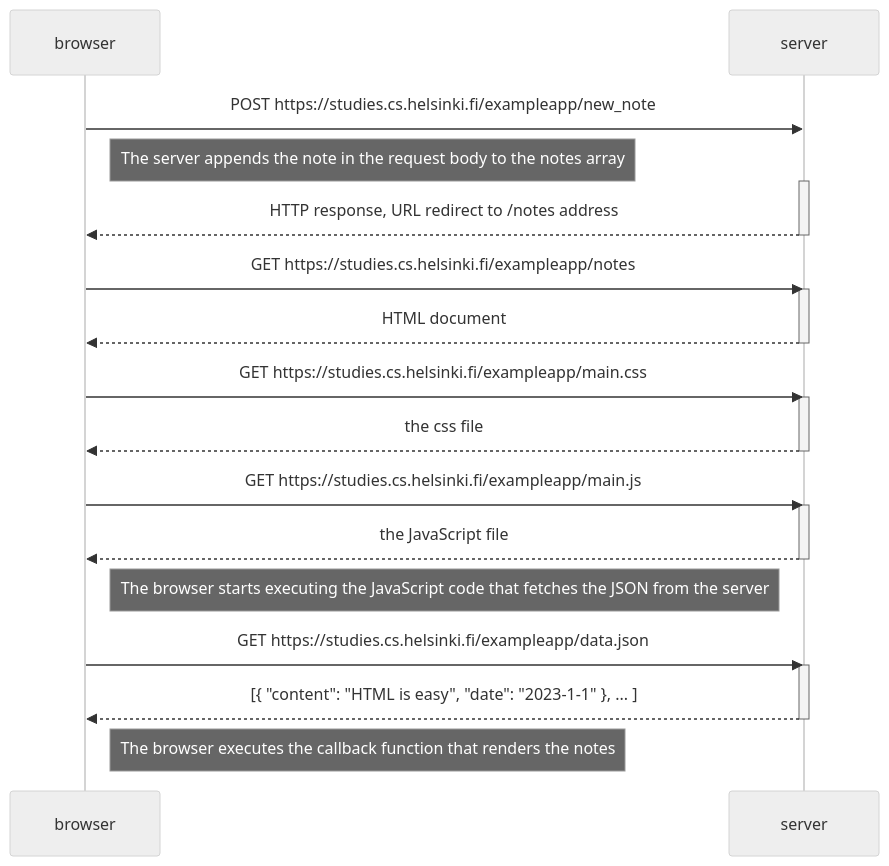
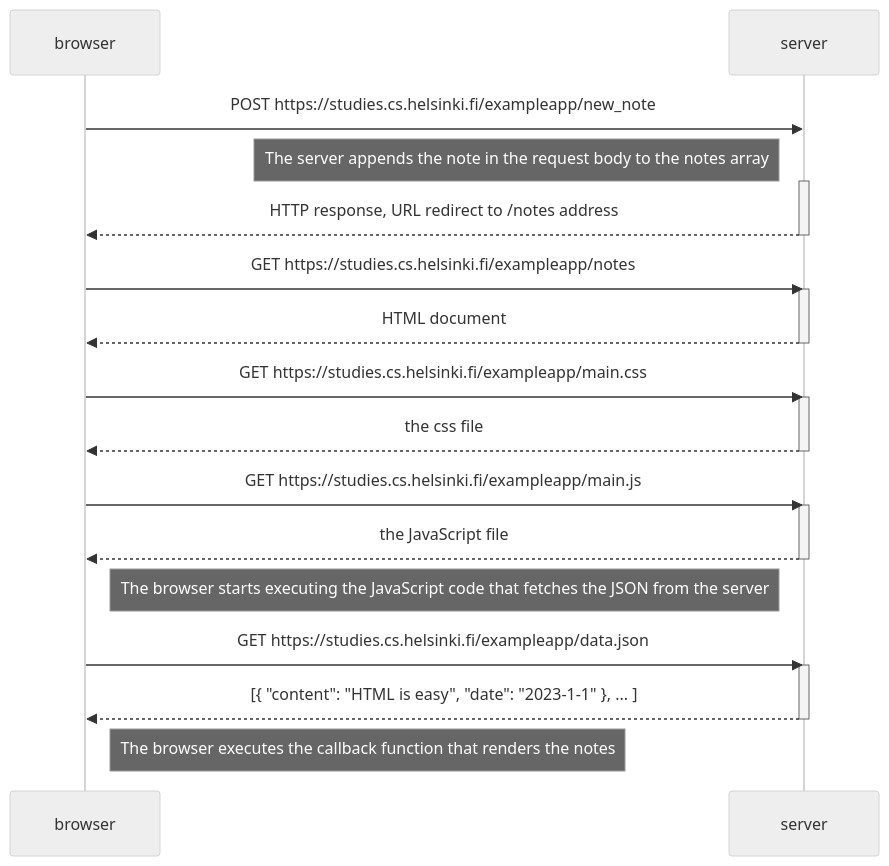
One commit to jrmpo/fullstackopen changed the diagram in part0/README.md. Above: the diagram before and after it, drawn with Mermaid (neutral theme).

````diff
--- a/part0/README.md
+++ b/part0/README.md
@@ -3,35 +3,35 @@
 ```mermaid
 sequenceDiagram
     participant browser
     participant server
 
     browser->>server: POST https://studies.cs.helsinki.fi/exampleapp/new_note
-    Note right of browser: The server appends the note in the request body to the notes array
+    Note left of server: The server appends the note in the request body to the notes array
     activate server
     server-->>browser: HTTP response, URL redirect to /notes address
     deactivate server
 
     browser->>server: GET https://studies.cs.helsinki.fi/exampleapp/notes
     activate server
     server-->>browser: HTML document
     deactivate server
 
     browser->>server: GET https://studies.cs.helsinki.fi/exampleapp/main.css
     activate server
     server-->>browser: the css file
     deactivate server
 
     browser->>server: GET https://studies.cs.helsinki.fi/exampleapp/main.js
     activate server
     server-->>browser: the JavaScript file
     deactivate server
 
     Note right of browser: The browser starts executing the JavaScript code that fetches the JSON from the server
 
     browser->>server: GET https://studies.cs.helsinki.fi/exampleapp/data.json
     activate server
     server-->>browser: [{ "content": "HTML is easy", "date": "2023-1-1" }, ... ]
     deactivate server
 
     Note right of browser: The browser executes the callback function that renders the notes
 ```
````
